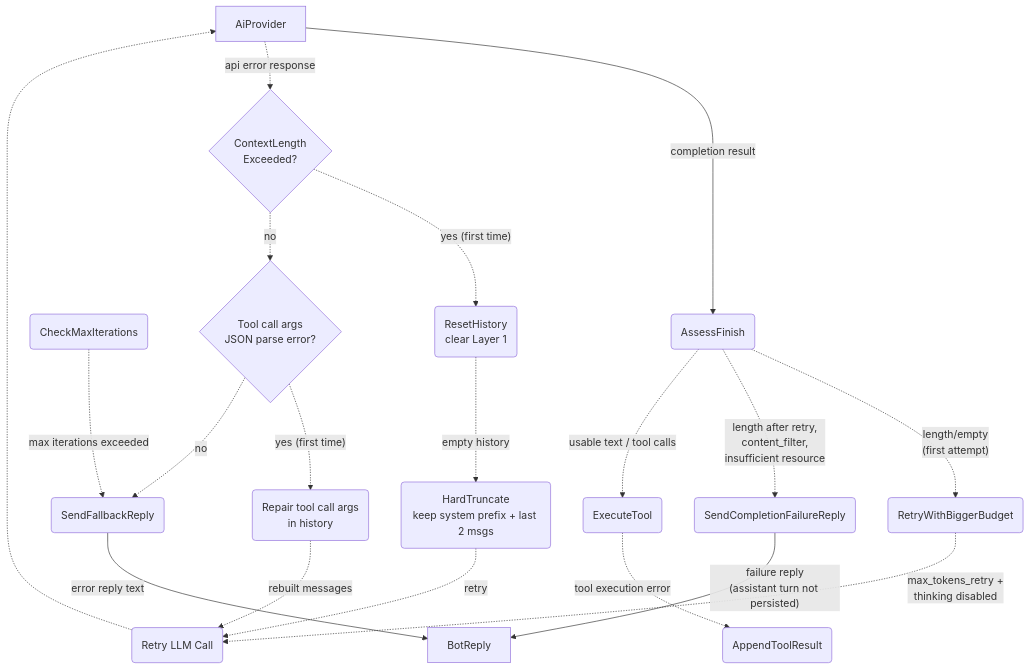
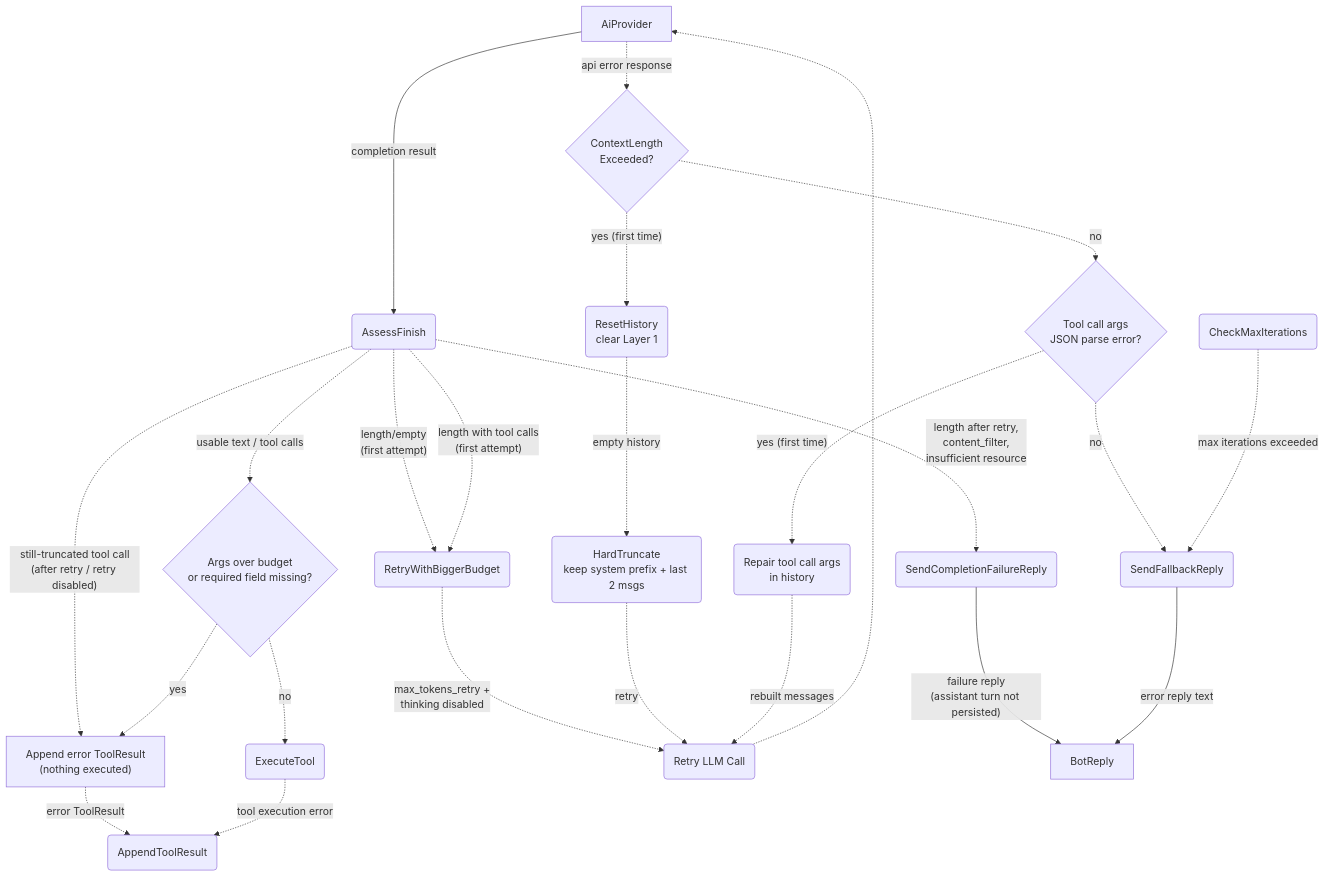
One commit to cosmoswafer/rockbot changed the diagram in docs/dfd/agent/agent-harness/level-2/error-handling.md. Above: the diagram before and after it, drawn with Mermaid. The commit also changed other lines of this file and 8 other files, not shown here.

First line of the commit message:
fix(harness): reject truncated tool calls and oversized arguments (#110)

````diff
--- a/docs/dfd/agent/agent-harness/level-2/error-handling.md
+++ b/docs/dfd/agent/agent-harness/level-2/error-handling.md
@@ -20,37 +27,44 @@
 ```mermaid
 flowchart TD
     AI[AiProvider]
     ASSESS(AssessFinish)
     RETRY_BUDGET(RetryWithBiggerBudget)
     EMPTY_FALLBACK(SendCompletionFailureReply)
+    PREFLIGHT{Args over budget<br/>or required field missing?}
+    NOT_EXEC["Append error ToolResult<br/>(nothing executed)"]
     TOOL_EXEC(ExecuteTool)
     LOOP_LIMIT(CheckMaxIterations)
     APPEND(AppendToolResult)
     FALLBACK(SendFallbackReply)
     CHECK{ContextLength<br/>Exceeded?}
     RESET(ResetHistory<br/>clear Layer 1)
     REBUILD(HardTruncate<br/>keep system prefix + last 2 msgs)
     RETRY(Retry LLM Call)
     PARSE_ERR{Tool call args<br/>JSON parse error?}
     REPAIR(Repair tool call args<br/>in history)
     REPLY[BotReply]
 
     AI -->|"completion result"| ASSESS
     ASSESS -.->|"length/empty<br/>(first attempt)"| RETRY_BUDGET
     RETRY_BUDGET -.->|"max_tokens_retry +<br/>thinking disabled"| RETRY
     ASSESS -.->|"length after retry,<br/>content_filter,<br/>insufficient resource"| EMPTY_FALLBACK
     EMPTY_FALLBACK -->|"failure reply<br/>(assistant turn not persisted)"| REPLY
-    ASSESS -.->|"usable text / tool calls"| TOOL_EXEC
+    ASSESS -.->|"usable text / tool calls"| PREFLIGHT
+    ASSESS -.->|"length with tool calls<br/>(first attempt)"| RETRY_BUDGET
+    ASSESS -.->|"still-truncated tool call<br/>(after retry / retry disabled)"| NOT_EXEC
+    PREFLIGHT -.->|"yes"| NOT_EXEC
+    PREFLIGHT -.->|"no"| TOOL_EXEC
+    NOT_EXEC -.->|"error ToolResult"| APPEND
+    TOOL_EXEC -.->|"tool execution error"| APPEND
     AI -.->|"api error response"| CHECK
     CHECK -.->|"yes (first time)"| RESET
     CHECK -.->|"no"| PARSE_ERR
     PARSE_ERR -.->|"yes (first time)"| REPAIR
     PARSE_ERR -.->|"no"| FALLBACK
     RESET -.->|"empty history"| REBUILD
     REBUILD -.->|"retry"| RETRY
     REPAIR -.->|"rebuilt messages"| RETRY
     RETRY -.-> AI
-    TOOL_EXEC -.->|"tool execution error"| APPEND
     LOOP_LIMIT -.->|"max iterations exceeded"| FALLBACK
     FALLBACK -->|"error reply text"| REPLY
 ```
````
